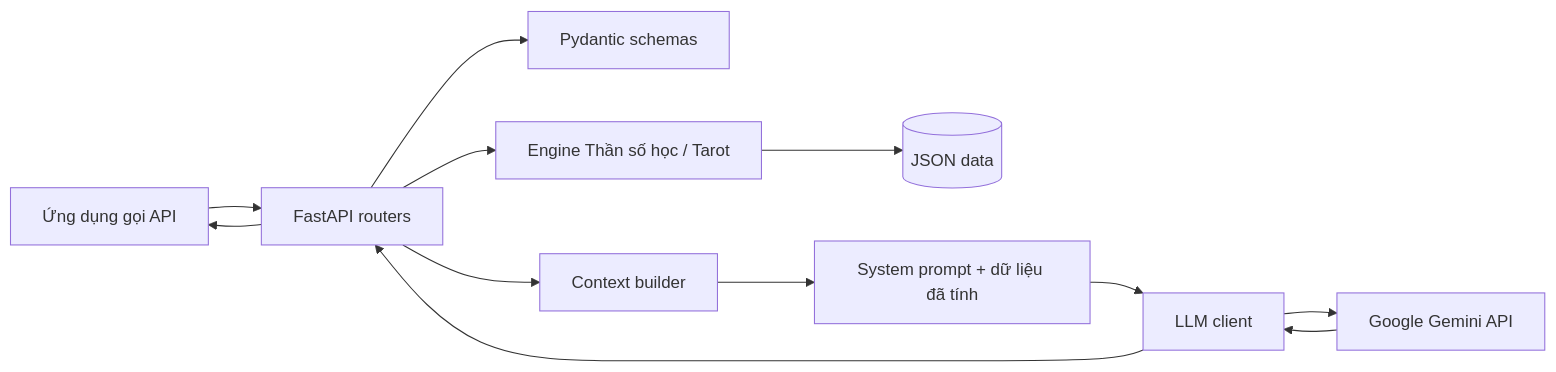
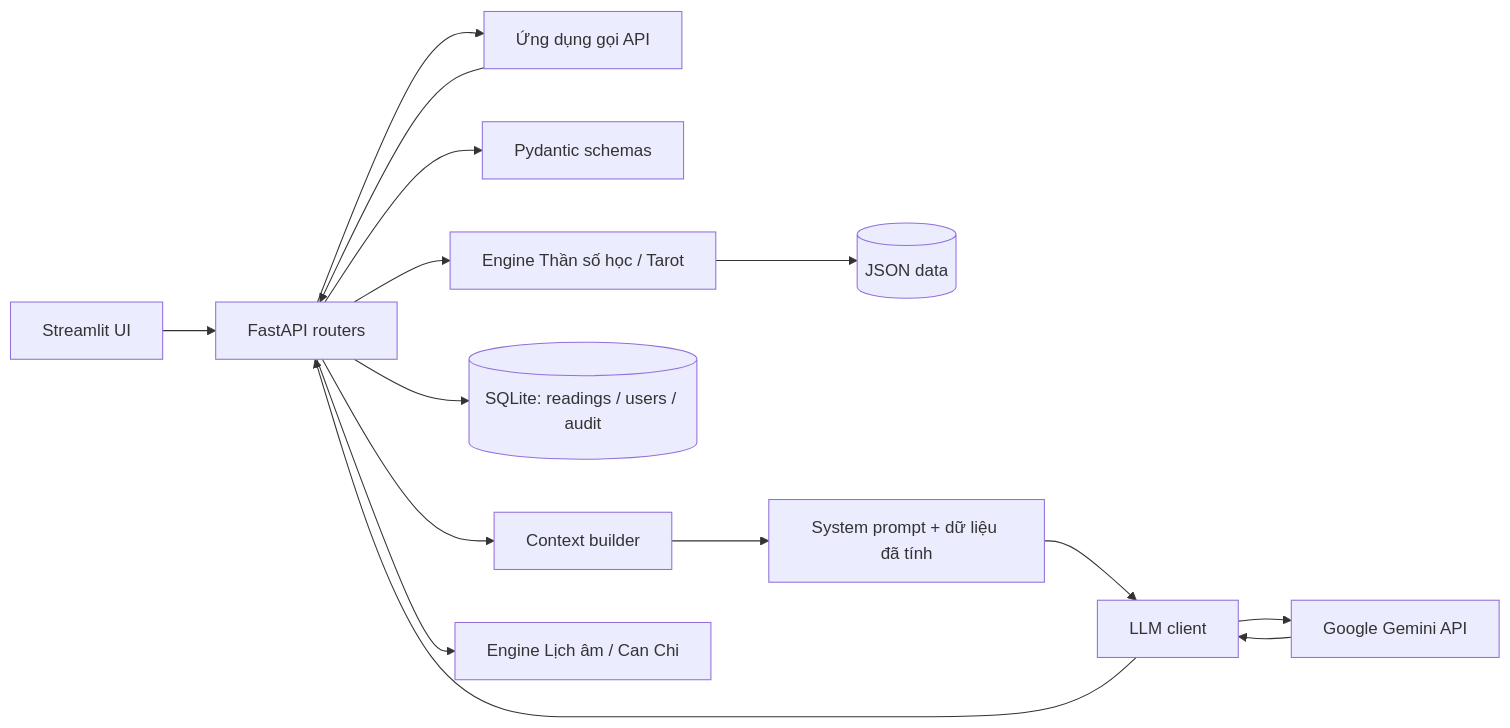
Before and after one commit to Buildhzay/OmniDivination-Engine: the diagram in README.md, drawn with Mermaid. The commit also changed other lines of this file and 33 other files, not shown here.

````diff
--- a/README.md
+++ b/README.md
@@ -76,12 +83,15 @@
 ```mermaid
 flowchart LR
-    U[Ứng dụng gọi API] --> API[FastAPI routers]
+    UI[Streamlit UI] --> API[FastAPI routers]
+    U[Ứng dụng gọi API] --> API
     API --> S[Pydantic schemas]
     API --> E[Engine Thần số học / Tarot]
     E --> D[(JSON data)]
+    API --> DB[(SQLite: readings / users / audit)]
     API --> C[Context builder]
     C --> P[System prompt + dữ liệu đã tính]
     P --> L[LLM client]
     L --> G[Google Gemini API]
     G --> L --> API --> U
+    API --> LE[Engine Lịch âm / Can Chi]
 ```
````
